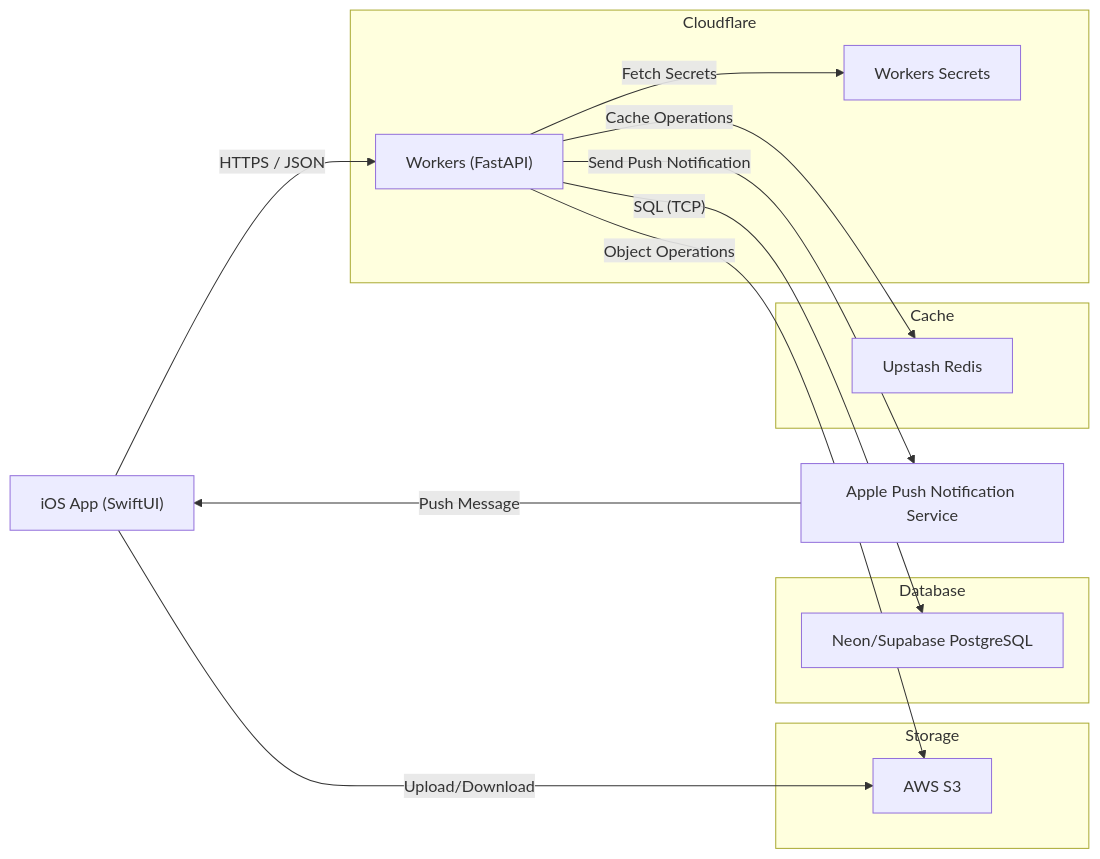
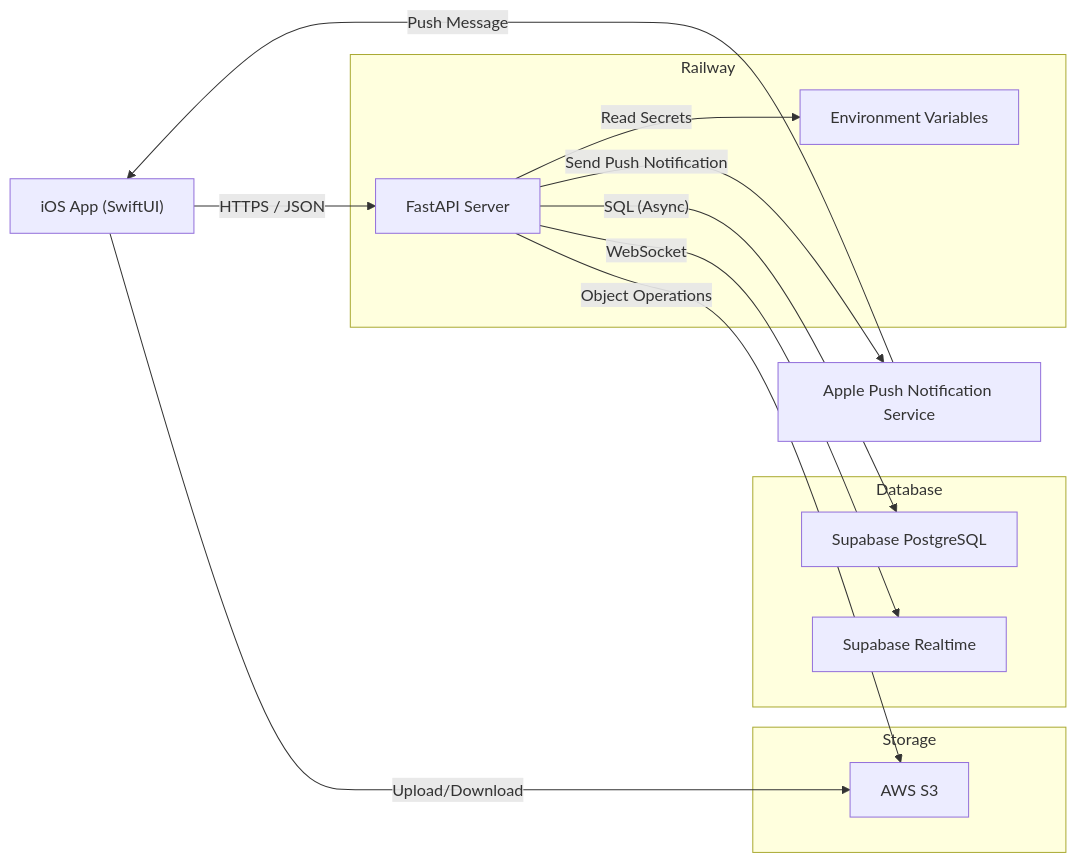
The diagram in puctee-backend/README.md (KojiroTsugaru/puctee-mono), drawn with Mermaid before and after one commit. The commit also changed other lines of this file and 3 other files, not shown here.

Commit message:
backend: replace all cloudflare references with railway

````diff
--- a/puctee-backend/README.md
+++ b/puctee-backend/README.md
@@ -27,35 +27,32 @@
 ```mermaid
 flowchart LR
     user["iOS App (SwiftUI)"]
     
-    subgraph Cloudflare ["Cloudflare"]
-        Workers["Workers (FastAPI)"]
-        Secrets["Workers Secrets"]
+    subgraph Railway ["Railway"]
+        API["FastAPI Server"]
+        Env["Environment Variables"]
     end
     
     subgraph Database ["Database"]
-        Neon["Neon/Supabase PostgreSQL"]
-    end
-    
-    subgraph Cache ["Cache"]
-        Redis["Upstash Redis"]
+        Supabase["Supabase PostgreSQL"]
+        Realtime["Supabase Realtime"]
     end
     
     subgraph Storage ["Storage"]
         S3["AWS S3"]
     end
 
     APNs["Apple Push Notification Service"]
 
     %% Request flow
-    user -- "HTTPS / JSON" --> Workers
-    Workers -- "SQL (TCP)" --> Neon
-    Workers -- "Cache Operations" --> Redis
-    Workers -- "Object Operations" --> S3
-    Workers -- "Fetch Secrets" --> Secrets
+    user -- "HTTPS / JSON" --> API
+    API -- "SQL (Async)" --> Supabase
+    API -- "WebSocket" --> Realtime
+    API -- "Object Operations" --> S3
+    API -- "Read Secrets" --> Env
     user -- "Upload/Download" --> S3
 
     %% Notification flow
-    Workers -- "Send Push Notification" --> APNs
+    API -- "Send Push Notification" --> APNs
     APNs -- "Push Message" --> user
 ```
````
